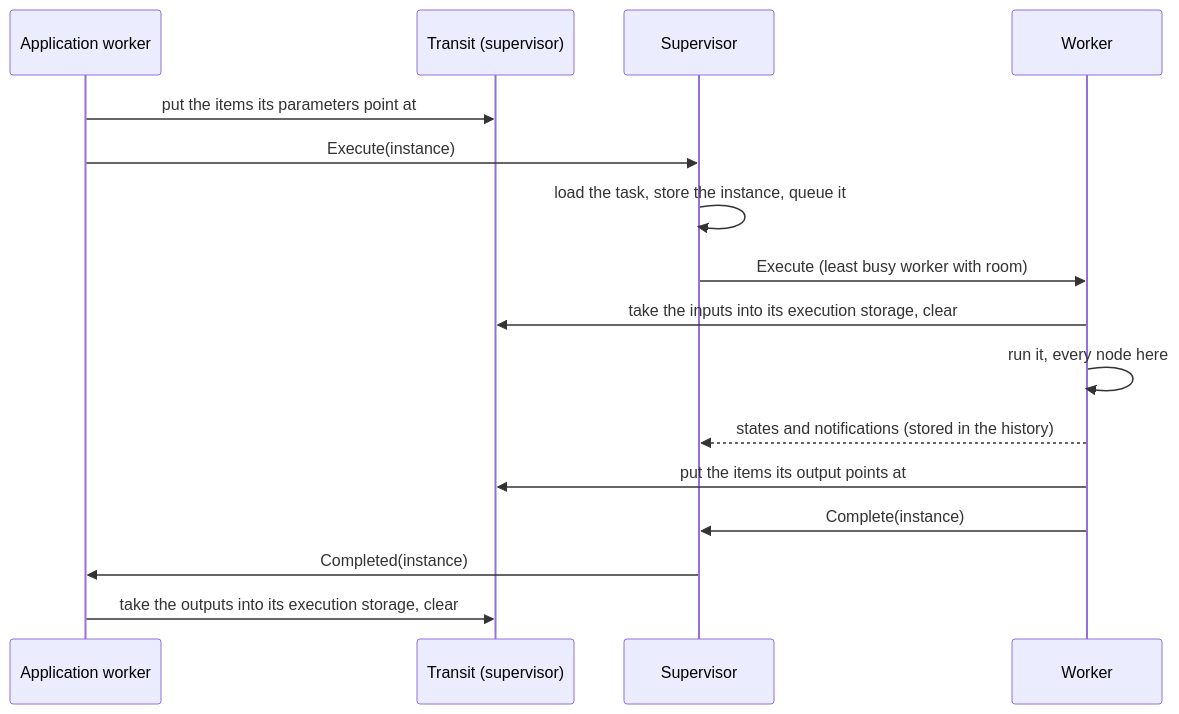
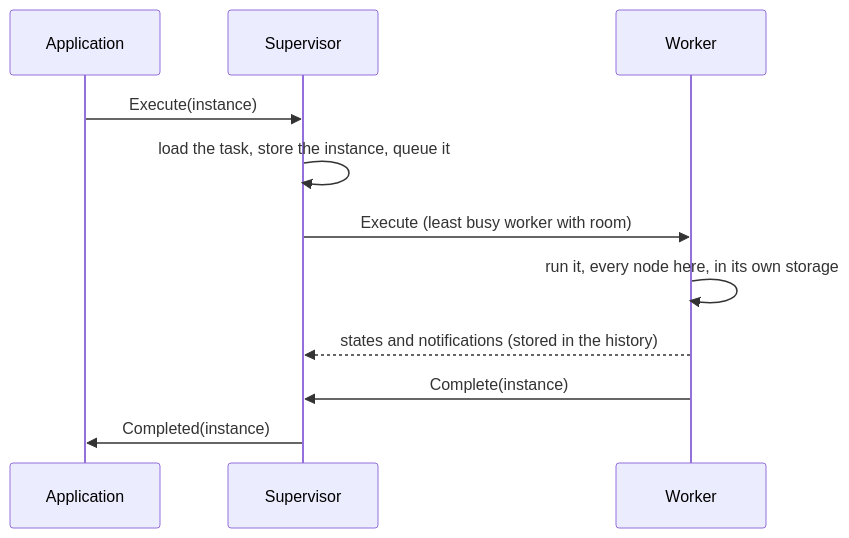
One commit to ndegheselle/Fantoche-automation changed the third of 4 diagrams in architecture.md. Above: the diagram before and after it, drawn with Mermaid. The commit also changed other lines of this file and 22 other files, not shown here.

First line of the commit message:
Remove the transit : an execution stays where it started

````diff
--- a/architecture.md
+++ b/architecture.md
@@ -57,19 +53,14 @@
 ```mermaid
 sequenceDiagram
-    participant App as Application worker
-    participant Transit as Transit (supervisor)
+    participant App as Application
     participant Supervisor
     participant Worker
 
-    App->>Transit: put the items its parameters point at
     App->>Supervisor: Execute(instance)
     Supervisor->>Supervisor: load the task, store the instance, queue it
     Supervisor->>Worker: Execute (least busy worker with room)
-    Worker->>Transit: take the inputs into its execution storage, clear
-    Worker->>Worker: run it, every node here
+    Worker->>Worker: run it, every node here, in its own storage
     Worker-->>Supervisor: states and notifications (stored in the history)
-    Worker->>Transit: put the items its output points at
     Worker->>Supervisor: Complete(instance)
     Supervisor->>App: Completed(instance)
-    App->>Transit: take the outputs into its execution storage, clear
 ```
````
